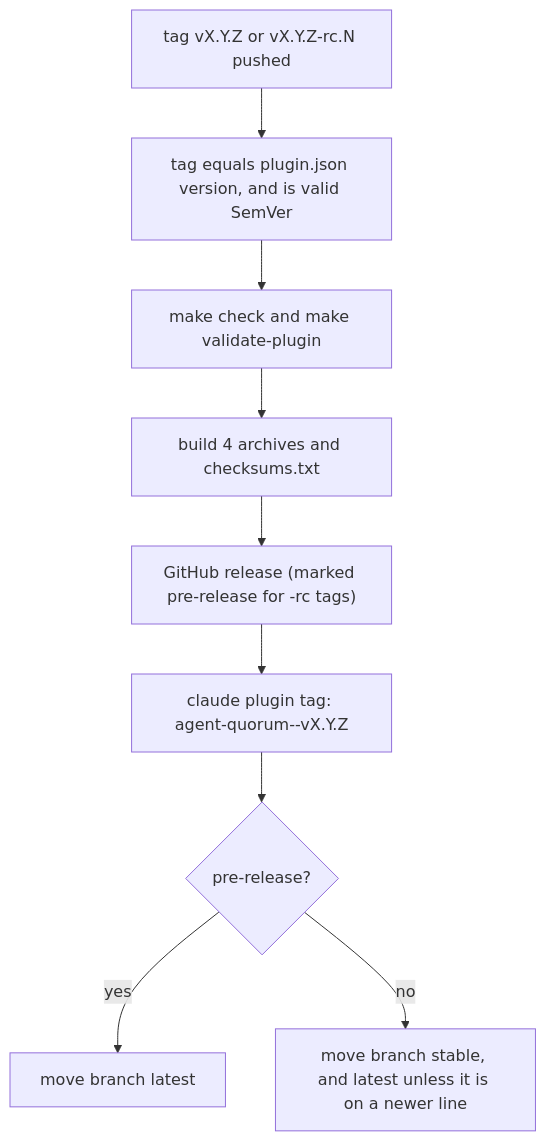
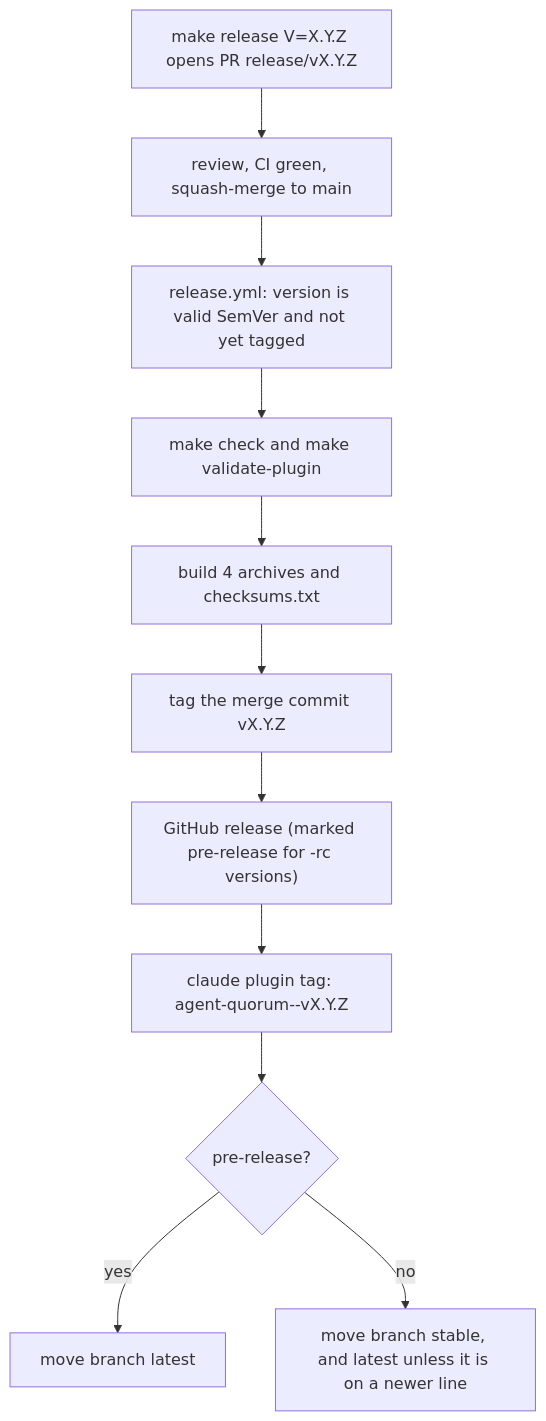
One commit to ChristopherLiew/agent-quorum changed the diagram in CONTRIBUTING.md. Above: the diagram before and after it, drawn with Mermaid. The commit also changed other lines of this file and 4 other files, not shown here.

First line of the commit message:
Release through pull requests to a protected main

````diff
--- a/CONTRIBUTING.md
+++ b/CONTRIBUTING.md
@@ -191,11 +202,13 @@
 ```mermaid
 flowchart TD
-  T["tag vX.Y.Z or vX.Y.Z-rc.N pushed"] --> V["tag equals plugin.json version, and is valid SemVer"]
+  R["make release V=X.Y.Z opens PR release/vX.Y.Z"] --> M["review, CI green, squash-merge to main"]
+  M --> V["release.yml: version is valid SemVer and not yet tagged"]
   V --> C["make check and make validate-plugin"]
   C --> B["build 4 archives and checksums.txt"]
-  B --> G["GitHub release (marked pre-release for -rc tags)"]
+  B --> T["tag the merge commit vX.Y.Z"]
+  T --> G["GitHub release (marked pre-release for -rc versions)"]
   G --> P["claude plugin tag: agent-quorum--vX.Y.Z"]
   P --> Q{"pre-release?"}
   Q -- "yes" --> L["move branch latest"]
   Q -- "no" --> S["move branch stable, and latest unless it is on a newer line"]
 ```
````
